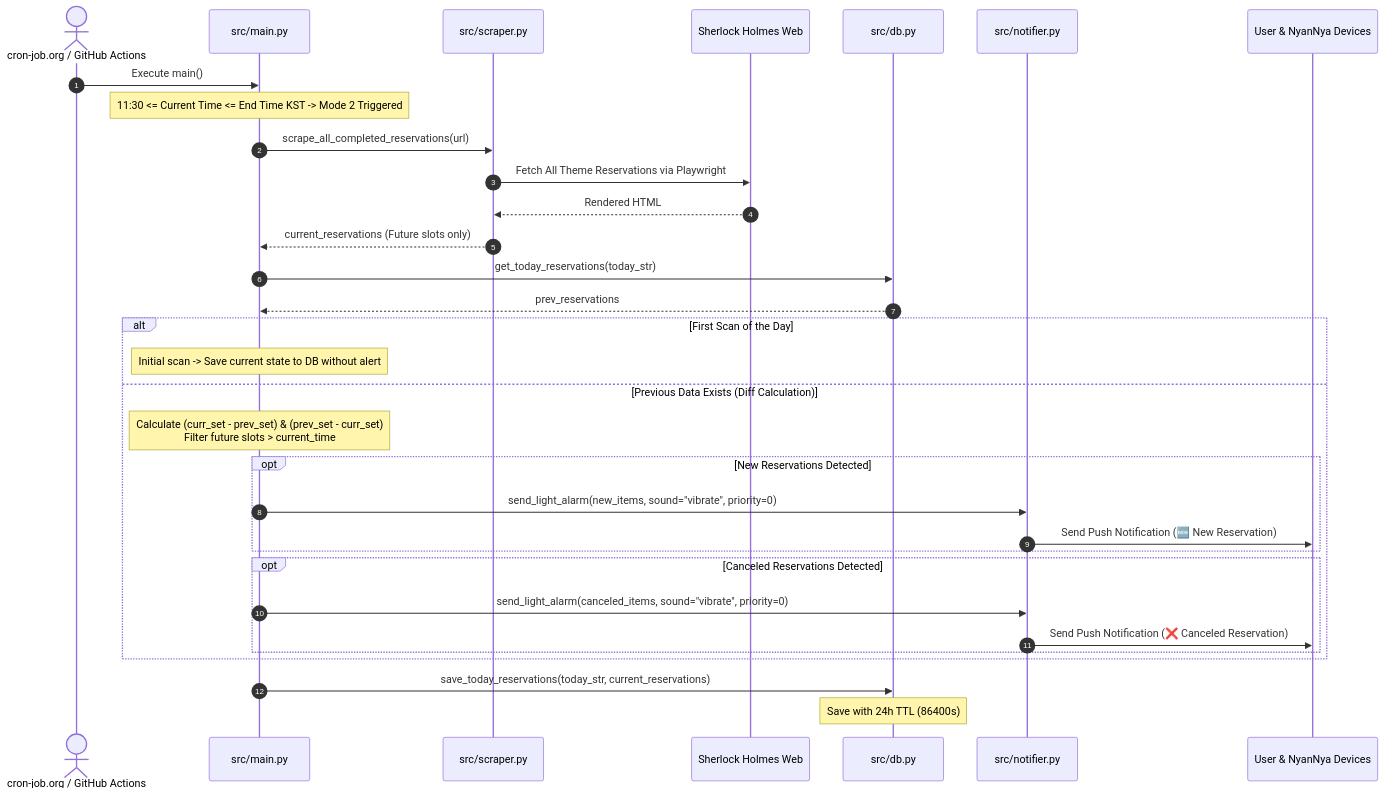
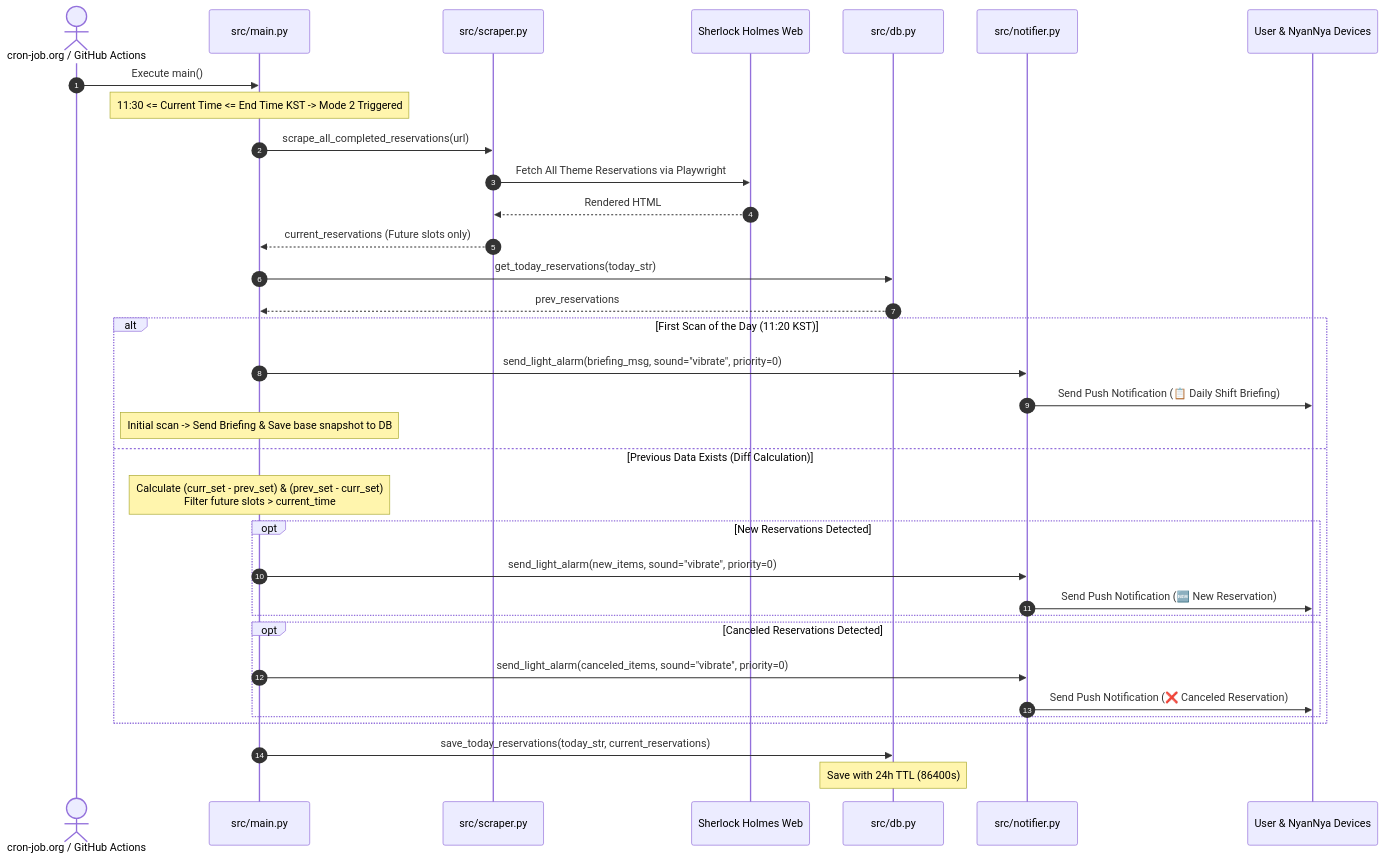
One commit to hashjamm/nyannya_molert changed the third of 4 diagrams in ARCHITECTURE.md. Above: the diagram before and after it, drawn with Mermaid. The commit also changed 2 other files, not shown here.

Commit message:
feat: add daily shift briefing alert for first work mode scan (11:20 KST)

````diff
--- a/ARCHITECTURE.md
+++ b/ARCHITECTURE.md
@@ -122,39 +122,42 @@
 ```mermaid
 sequenceDiagram
     autonumber
     actor Scheduler as cron-job.org / GitHub Actions
     participant Main as src/main.py
     participant Scraper as src/scraper.py
     participant Site as Sherlock Holmes Web
     participant DB as src/db.py
     participant Notifier as src/notifier.py
     participant Mobile as User & NyanNya Devices
 
     Scheduler->>Main: Execute main()
     Note over Main: 11:30 <= Current Time <= End Time KST -> Mode 2 Triggered
 
     Main->>Scraper: scrape_all_completed_reservations(url)
     Scraper->>Site: Fetch All Theme Reservations via Playwright
     Site-->>Scraper: Rendered HTML
     Scraper-->>Main: current_reservations (Future slots only)
 
     Main->>DB: get_today_reservations(today_str)
     DB-->>Main: prev_reservations
 
-    alt First Scan of the Day
-        Note over Main: Initial scan -> Save current state to DB without alert
+    alt First Scan of the Day (11:20 KST)
+        Main->>Notifier: send_light_alarm(briefing_msg, sound="vibrate", priority=0)
+        Notifier->>Mobile: Send Push Notification (📋 Daily Shift Briefing)
+        Note over Main: Initial scan -> Send Briefing & Save base snapshot to DB
     else Previous Data Exists (Diff Calculation)
+
         Note over Main: Calculate (curr_set - prev_set) & (prev_set - curr_set)<br/>Filter future slots > current_time
         opt New Reservations Detected
             Main->>Notifier: send_light_alarm(new_items, sound="vibrate", priority=0)
             Notifier->>Mobile: Send Push Notification (🆕 New Reservation)
         end
         opt Canceled Reservations Detected
             Main->>Notifier: send_light_alarm(canceled_items, sound="vibrate", priority=0)
             Notifier->>Mobile: Send Push Notification (❌ Canceled Reservation)
         end
     end
 
     Main->>DB: save_today_reservations(today_str, current_reservations)
     Note over DB: Save with 24h TTL (86400s)
 ```
````
